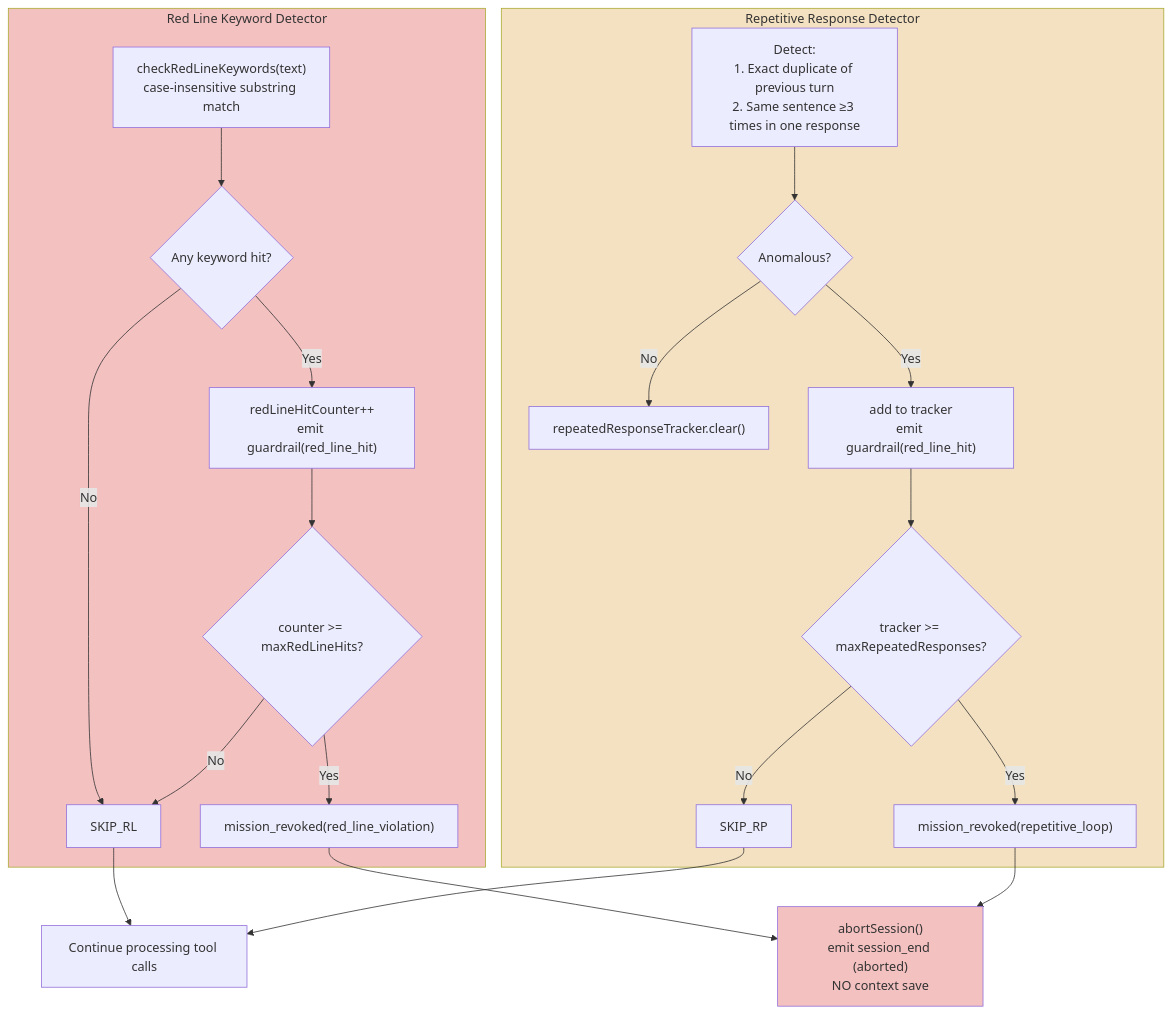
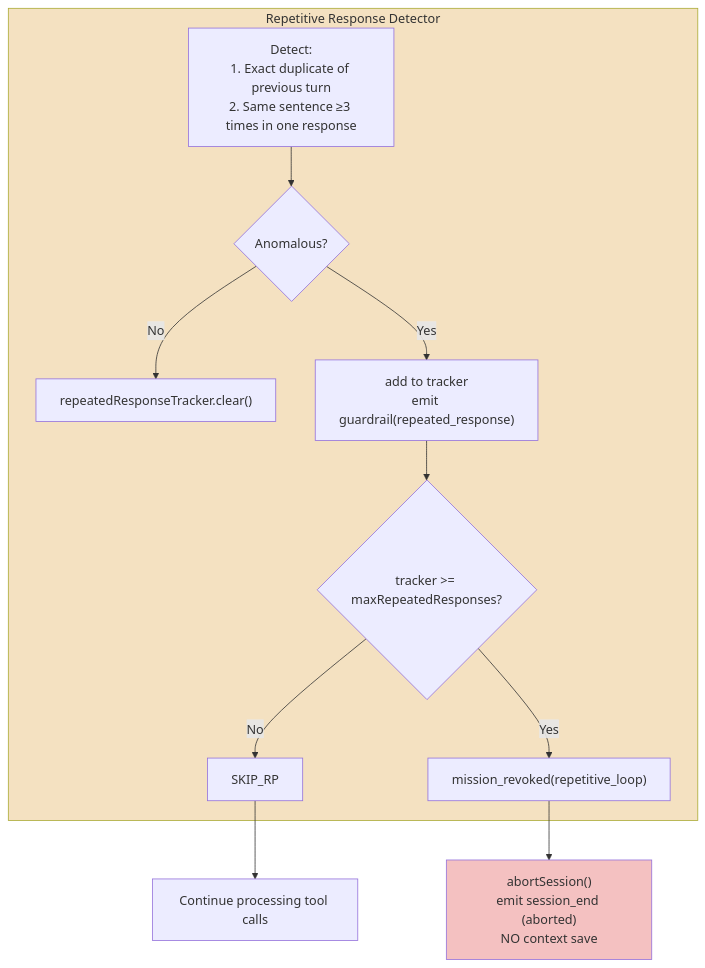
One commit to lg841226/Gradum changed diagram 23 of 29 in docs/ARCHITECTURE.md. Above: the diagram before and after it, drawn with Mermaid. The commit also changed other lines of this file and 4 other files, not shown here.

````diff
--- a/docs/ARCHITECTURE.md
+++ b/docs/ARCHITECTURE.md
@@ -1520,30 +1523,17 @@
 ```mermaid
 flowchart TB
-    subgraph RED_LINE["Red Line Keyword Detector"]
-        RL1["checkRedLineKeywords(text)<br/>case-insensitive substring match"]
-        RL1 --> RL2{"Any keyword hit?"}
-        RL2 -->|No| SKIP_RL
-        RL2 -->|Yes| RL3["redLineHitCounter++<br/>emit guardrail(red_line_hit)"]
-        RL3 --> RL4{"counter >= maxRedLineHits?"}
-        RL4 -->|No| SKIP_RL
-        RL4 -->|Yes| RL5["mission_revoked(red_line_violation)"]
-    end
-
     subgraph REPEAT["Repetitive Response Detector"]
         RT1["Detect:<br/>1. Exact duplicate of previous turn<br/>2. Same sentence ≥3 times in one response"]
         RT1 --> RT2{"Anomalous?"}
         RT2 -->|No| RT3["repeatedResponseTracker.clear()"]
-        RT2 -->|Yes| RT4["add to tracker<br/>emit guardrail(red_line_hit)"]
+        RT2 -->|Yes| RT4["add to tracker<br/>emit guardrail(repeated_response)"]
         RT4 --> RT5{"tracker >= maxRepeatedResponses?"}
         RT5 -->|No| SKIP_RP
         RT5 -->|Yes| RT6["mission_revoked(repetitive_loop)"]
     end
 
-    RL5 --> ABORT["abortSession()<br/>emit session_end (aborted)<br/>NO context save"]
-    RT6 --> ABORT
-    SKIP_RL --> CONTINUE["Continue processing tool calls"]
-    SKIP_RP --> CONTINUE
-    style RED_LINE fill: #f4c1c1
+    RT6 --> ABORT["abortSession()<br/>emit session_end (aborted)<br/>NO context save"]
+    SKIP_RP --> CONTINUE["Continue processing tool calls"]
     style REPEAT fill: #f4e1c1
     style ABORT fill: #f4c1c1
 ```
````
